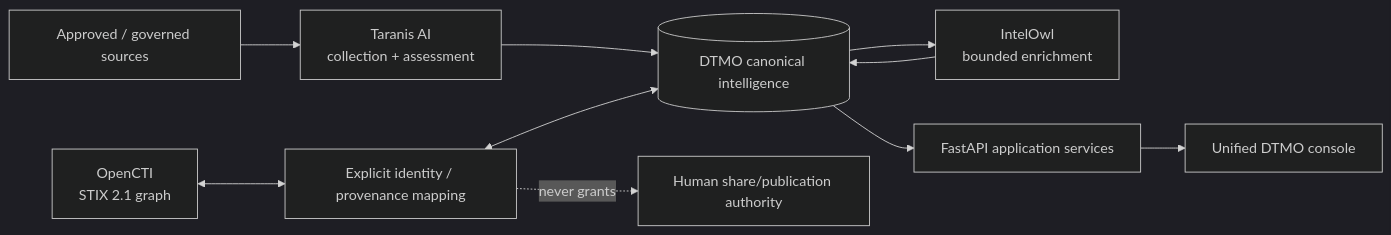
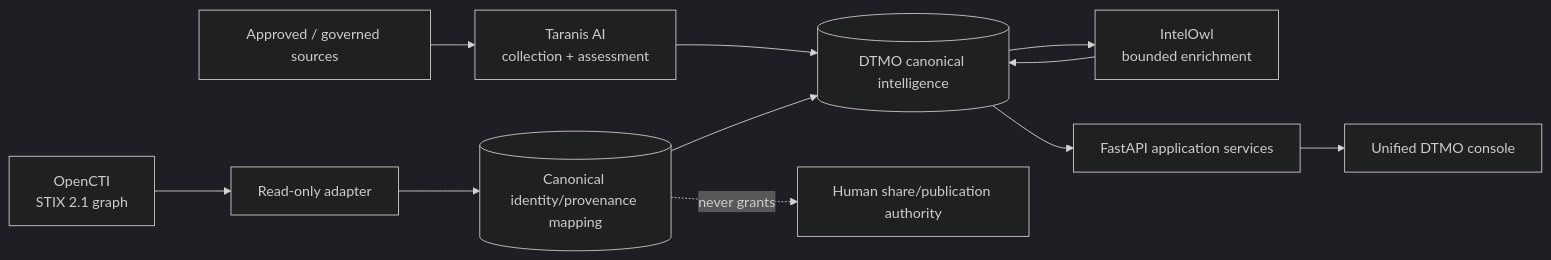
The diagram in README.md (GJvManen/dtmo), drawn with Mermaid (dark theme) before and after one commit. The commit also changed other lines of this file, not shown here.

Commit message:
Phase 11.4: update README for OpenCTI persistence slice

````diff
--- a/README.md
+++ b/README.md
@@ -40,12 +35,13 @@
 ```mermaid
 flowchart LR
     S[Approved / governed sources] --> TAR[Taranis AI\ncollection + assessment]
     TAR --> D[(DTMO canonical intelligence)]
     D --> OWL[IntelOwl\nbounded enrichment]
     OWL --> D
-    O[OpenCTI\nSTIX 2.1 graph] <--> M[Explicit identity / provenance mapping]
-    M <--> D
+    O[OpenCTI\nSTIX 2.1 graph] --> A[Read-only adapter]
+    A --> M[(Canonical identity/provenance mapping)]
+    M --> D
     M -. never grants .-> H[Human share/publication authority]
     D --> API[FastAPI application services]
     API --> UI[Unified DTMO console]
 ```
````
